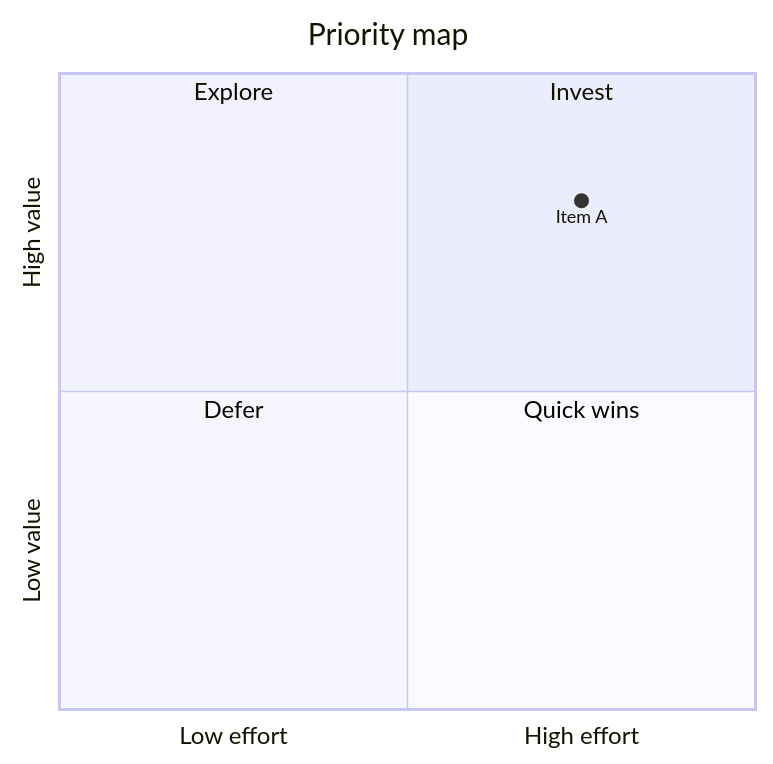
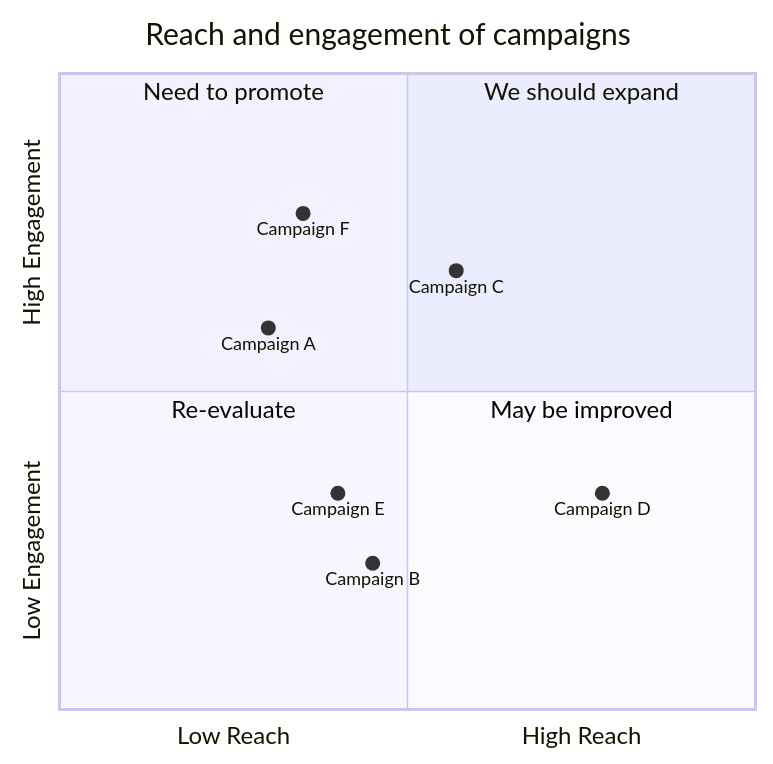
The diagram in references/quadrant.md (LozinLilis/auto-mermaid), drawn with Mermaid before and after one commit. The commit also changed other lines of this file and 42 other files, not shown here.

````diff
--- a/references/quadrant.md
+++ b/references/quadrant.md
@@ -8,11 +7,16 @@
 ```mermaid
 quadrantChart
-    title Priority map
-    x-axis Low effort --> High effort
-    y-axis Low value --> High value
-    quadrant-1 Invest
-    quadrant-2 Explore
-    quadrant-3 Defer
-    quadrant-4 Quick wins
-    Item A: [0.75, 0.8]
+    title Reach and engagement of campaigns
+    x-axis Low Reach --> High Reach
+    y-axis Low Engagement --> High Engagement
+    quadrant-1 We should expand
+    quadrant-2 Need to promote
+    quadrant-3 Re-evaluate
+    quadrant-4 May be improved
+    Campaign A: [0.3, 0.6]
+    Campaign B: [0.45, 0.23]
+    Campaign C: [0.57, 0.69]
+    Campaign D: [0.78, 0.34]
+    Campaign E: [0.40, 0.34]
+    Campaign F: [0.35, 0.78]
 ```
````
